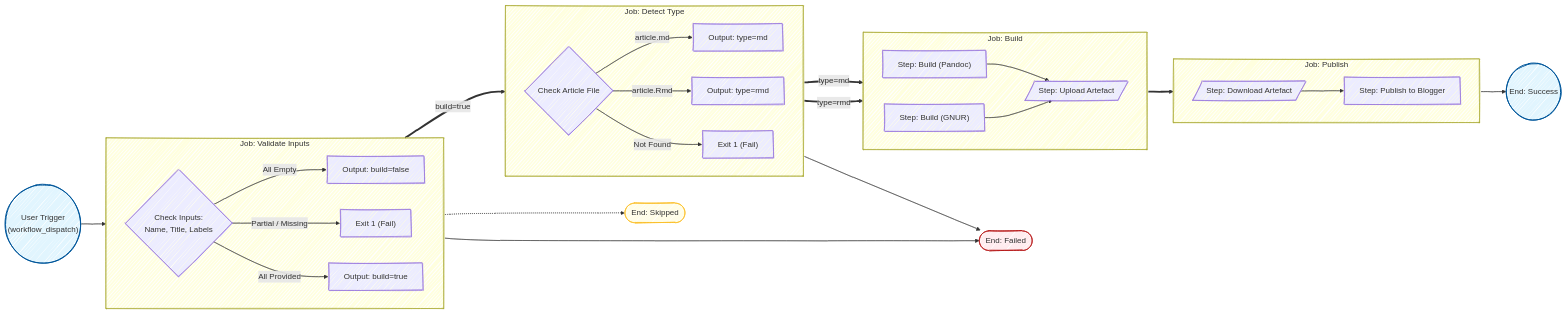
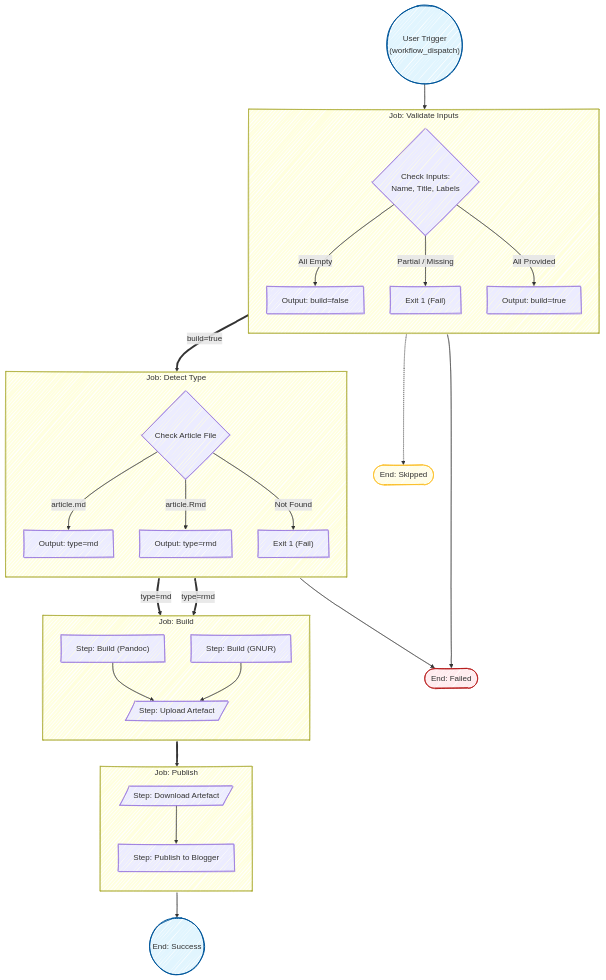
The diagram in publishing-automation/files/workflow.mmd (frankhjung/article-markdown), drawn with Mermaid before and after one commit. The commit also changed 2 other files, not shown here.

Commit message:
refactor: update workflow diagram layout from left-right to top-bottom

```diff
--- a/publishing-automation/files/workflow.mmd
+++ b/publishing-automation/files/workflow.mmd
@@ -1,65 +1,65 @@
 ---
 config:
   look: handDrawn
 ---
-graph LR
+graph TB
     %% Trigger
     Start(("User Trigger<br/>(workflow_dispatch)")) --> ValidateJob
 
     %% Job: Validate
     subgraph ValidateJob ["Job: Validate Inputs"]
-        direction LR
+        direction TB
         InputLogic{"Check Inputs:<br/>Name, Title, Labels"}
 
         InputLogic -- "All Empty" --> OutputSkip["Output: build=false"]
         InputLogic -- "Partial / Missing" --> ExitFail["Exit 1 (Fail)"]
         InputLogic -- "All Provided" --> OutputBuild["Output: build=true"]
     end
 
     %% Job: Detect
     subgraph DetectJob ["Job: Detect Type"]
-        direction LR
+        direction TB
         DetectLogic{"Check Article File"}
         DetectLogic -- "article.md" --> TypeMD["Output: type=md"]
         DetectLogic -- "article.Rmd" --> TypeRMD["Output: type=rmd"]
         DetectLogic -- "Not Found" --> DetectFail["Exit 1 (Fail)"]
     end
 
    %% Conditional Logic between Jobs
     OutputSkip -.-> EndSkip([End: Skipped])
     ExitFail --> EndFail([End: Failed])
     OutputBuild ==>|build=true| DetectJob
     DetectFail --> EndFail
 
       %% Job: Build
       subgraph BuildJob ["Job: Build"]
-        direction LR
+        direction TB
 
         TypeMD ==>|type=md| StepPandoc["Step: Build (Pandoc)"]
         TypeRMD ==>|type=rmd| StepGNUR["Step: Build (GNUR)"]
 
         StepPandoc --> StepUpload[/"Step: Upload Artefact"/]
         StepGNUR --> StepUpload
     end
 
     %% Job: Publish
     subgraph PublishJob ["Job: Publish"]
-        direction LR
+        direction TB
         StepDownload[/"Step: Download Artefact"/]
         StepBlogger["Step: Publish to Blogger"]
 
         StepDownload --> StepBlogger
     end
 
     %% End State
     StepUpload ==> StepDownload
     StepBlogger --> EndSuccess((End: Success))
 
     %% Styling
     classDef green fill:#e1f5fe,stroke:#01579b,stroke-width:2px;
     classDef red fill:#ffebee,stroke:#b71c1c,stroke-width:2px;
     classDef yellow fill:#fffde7,stroke:#fbc02d,stroke-width:2px;
 
     class Start,EndSuccess green;
     class EndFail red;
     class EndSkip yellow;
```
